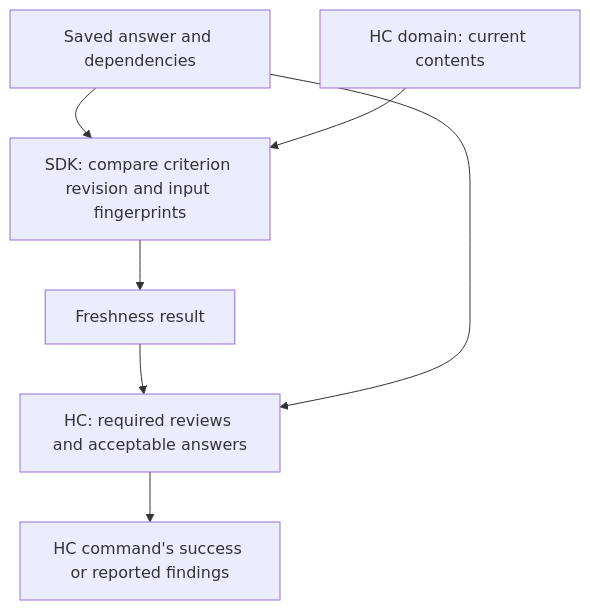
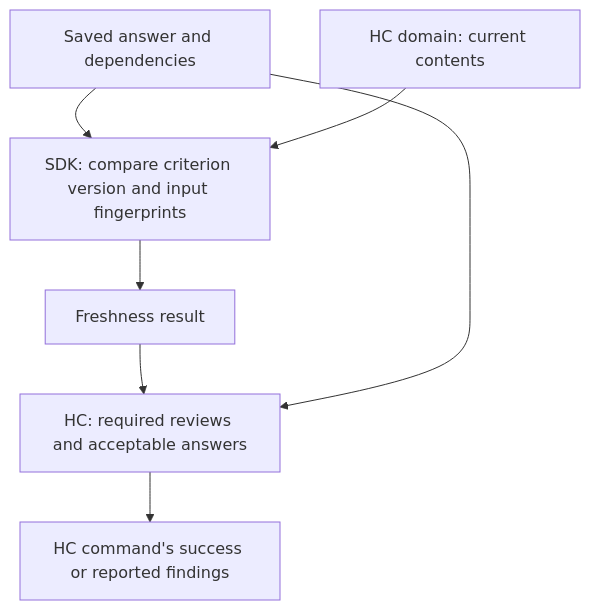
The second of 3 diagrams in md/requirements/sdk/habeas.md (nikomatsakis/habeas-codicem), drawn with Mermaid before and after one commit. The commit also changed other lines of this file and 67 other files, not shown here.

````diff
--- a/md/requirements/sdk/habeas.md
+++ b/md/requirements/sdk/habeas.md
@@ -139,9 +139,9 @@
 ```mermaid
 flowchart TD
-    Saved["Saved answer and dependencies"] --> Check["SDK: compare criterion revision and input fingerprints"]
+    Saved["Saved answer and dependencies"] --> Check["SDK: compare criterion version and input fingerprints"]
     Current["HC domain: current contents"] --> Check
     Check --> State["Freshness result"]
     State --> Policy["HC: required reviews and acceptable answers"]
     Saved --> Policy
     Policy --> Command["HC command's success or reported findings"]
 ```
````
